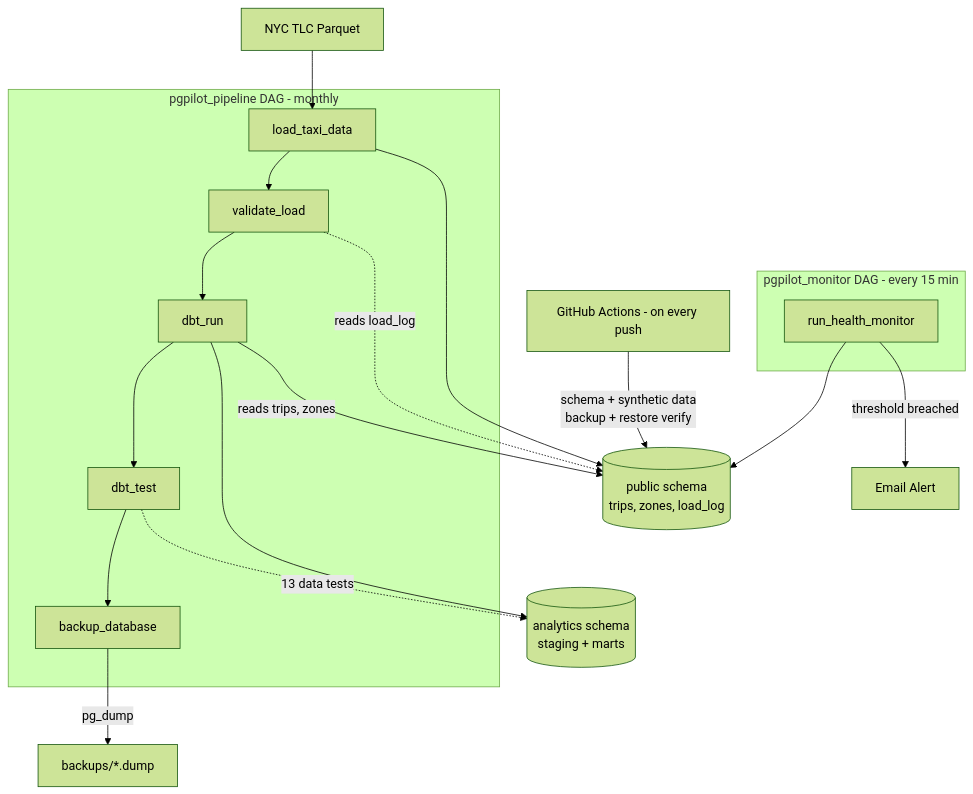
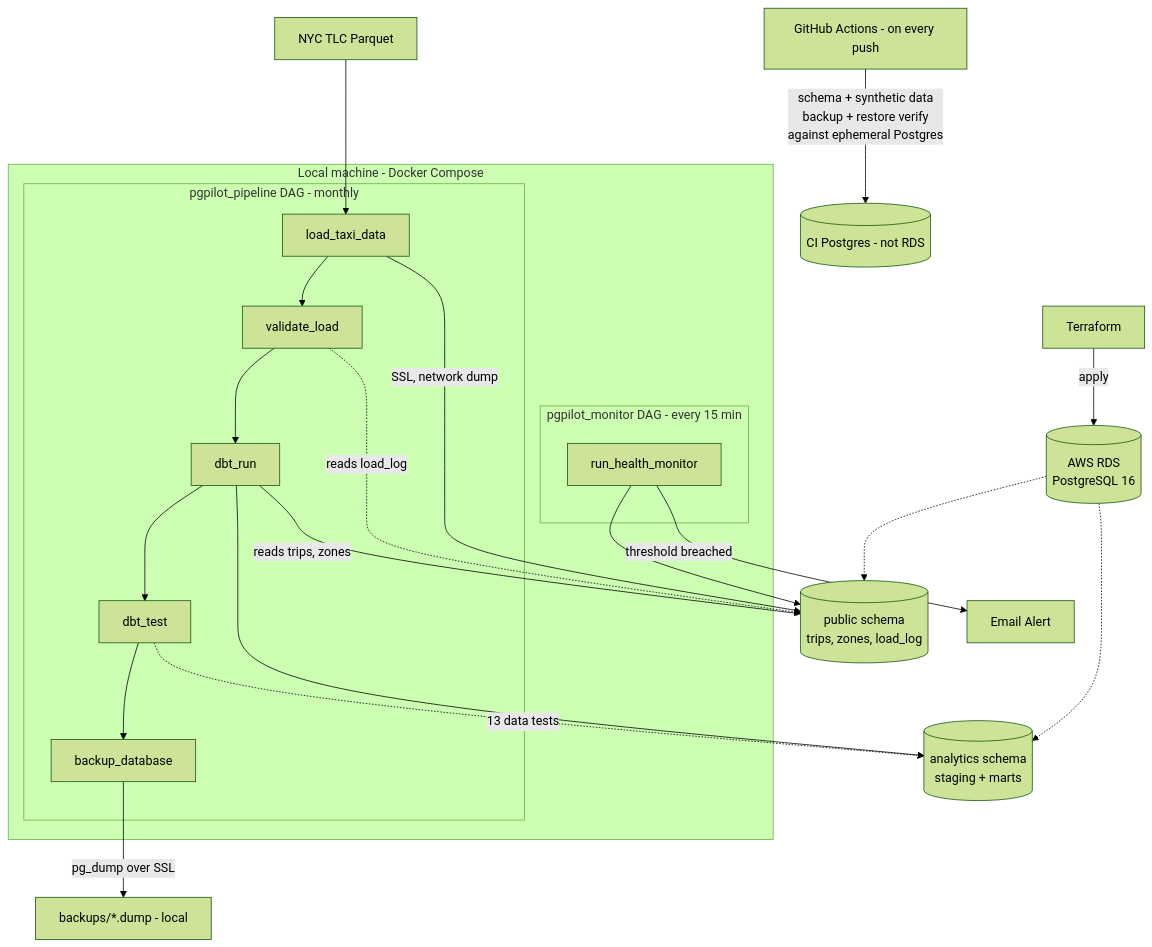
The diagram in README.md (HerrerAaron/PGPilot), drawn with Mermaid (forest theme) before and after one commit. The commit also changed other lines of this file and 6 other files, not shown here.

First line of the commit message:
Migrate database backend to AWS RDS via Terraform

````diff
--- a/README.md
+++ b/README.md
@@ -42,23 +47,30 @@
 ```mermaid
 graph TD
+    TF[Terraform] -->|apply| RDS_INFRA[(AWS RDS\nPostgreSQL 16)]
+
     PARQUET[NYC TLC Parquet] --> LOAD
 
-    subgraph PIPELINE [pgpilot_pipeline DAG - monthly]
-        LOAD[load_taxi_data] --> VALIDATE[validate_load] --> DBTRUN[dbt_run] --> DBTTEST[dbt_test] --> BACKUP[backup_database]
+    subgraph LOCAL [Local machine - Docker Compose]
+        subgraph PIPELINE [pgpilot_pipeline DAG - monthly]
+            LOAD[load_taxi_data] --> VALIDATE[validate_load] --> DBTRUN[dbt_run] --> DBTTEST[dbt_test] --> BACKUP[backup_database]
+        end
+
+        subgraph MONITORDAG [pgpilot_monitor DAG - every 15 min]
+            MONITOR[run_health_monitor]
+        end
     end
 
-    subgraph MONITORDAG [pgpilot_monitor DAG - every 15 min]
-        MONITOR[run_health_monitor]
-    end
-
-    LOAD --> PUBLIC[(public schema\ntrips, zones, load_log)]
+    LOAD -->|SSL, network dump| PUBLIC[(public schema\ntrips, zones, load_log)]
     VALIDATE -.->|reads load_log| PUBLIC
     DBTRUN -->|reads trips, zones| PUBLIC
     DBTRUN --> ANALYTICS[(analytics schema\nstaging + marts)]
     DBTTEST -.->|13 data tests| ANALYTICS
-    BACKUP -->|pg_dump| DUMP[backups/*.dump]
+    BACKUP -->|pg_dump over SSL| DUMP[backups/*.dump - local]
     MONITOR --> PUBLIC
     MONITOR -->|threshold breached| EMAIL[Email Alert]
 
-    CI[GitHub Actions - on every push] -->|schema + synthetic data\nbackup + restore verify| PUBLIC
+    RDS_INFRA -.-> PUBLIC
+    RDS_INFRA -.-> ANALYTICS
+
+    CI[GitHub Actions - on every push] -->|schema + synthetic data\nbackup + restore verify\nagainst ephemeral Postgres| CIDB[(CI Postgres - not RDS)]
 ```
````
